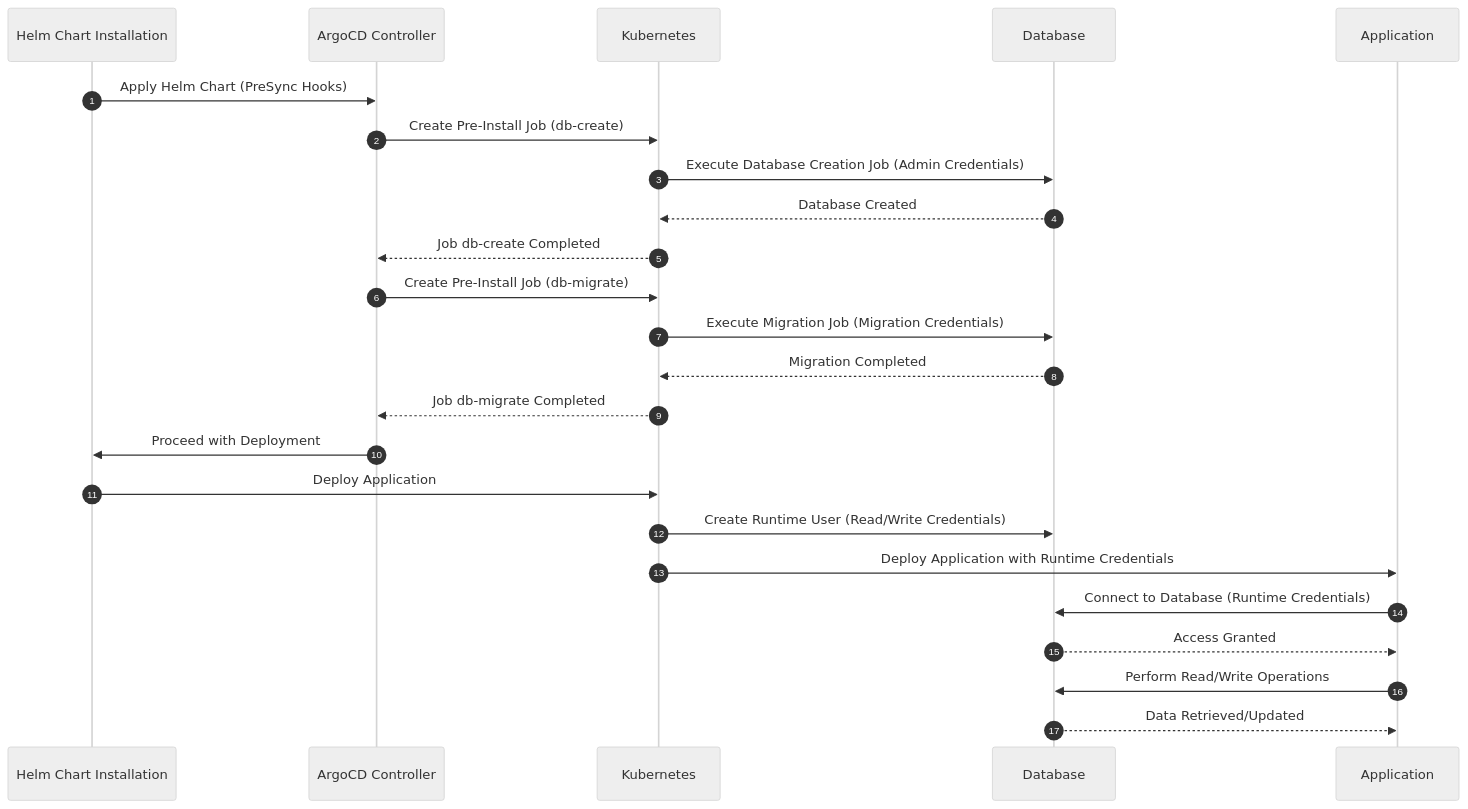
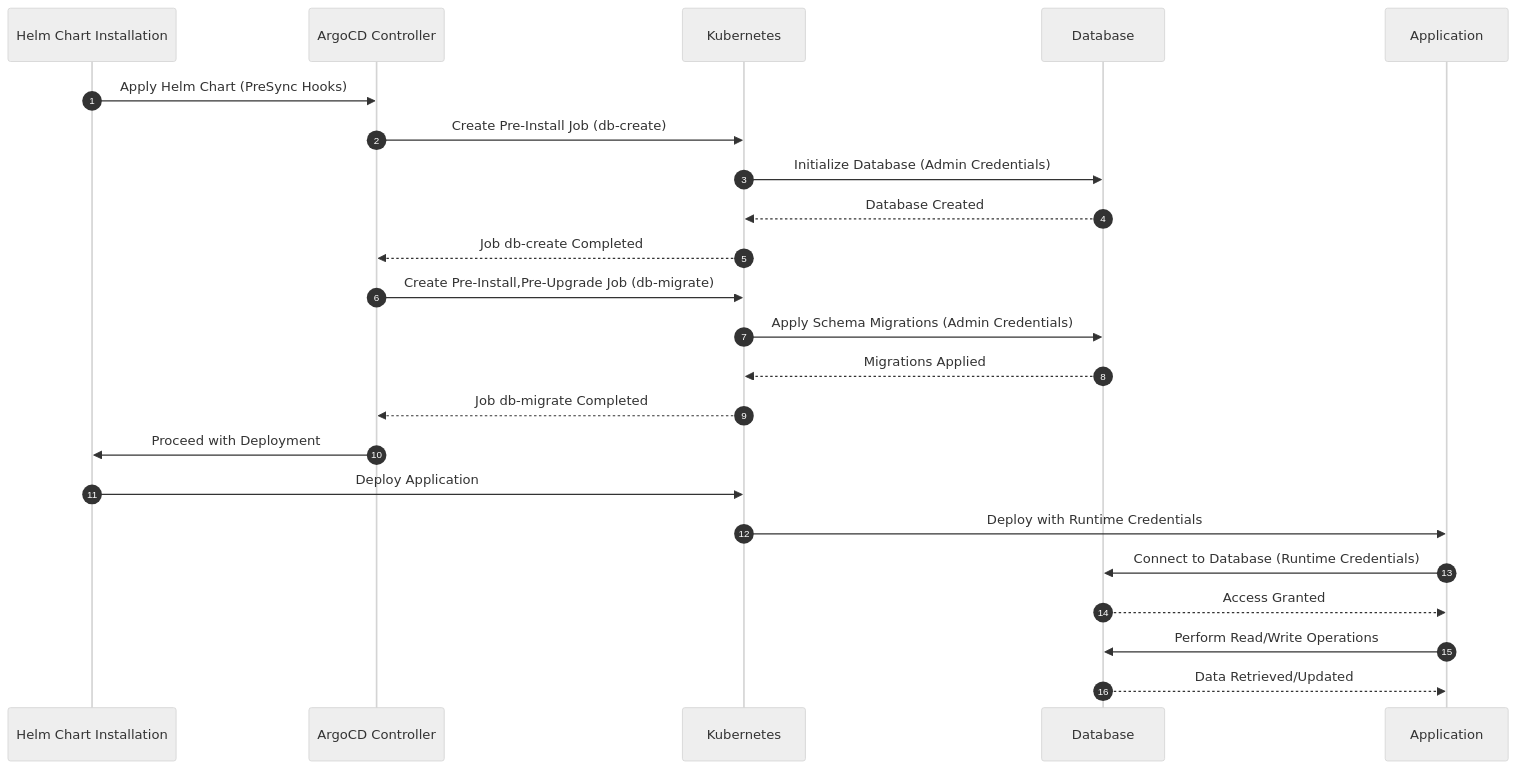
The first of 2 diagrams in db.md (pampatzoglou/articles), drawn with Mermaid (neutral theme) before and after one commit. The commit also changed other lines of this file, not shown here.

````diff
--- a/db.md
+++ b/db.md
@@ -192,31 +192,35 @@
 ```mermaid
 sequenceDiagram
     autonumber
     participant Helm as Helm Chart Installation
     participant ArgoCD as ArgoCD Controller
     participant K8s as Kubernetes
     participant DB as Database
     participant App as Application
 
     Helm->>ArgoCD: Apply Helm Chart (PreSync Hooks)
+  
+    %% Pre-Install Job: Database Creation %%
     ArgoCD->>K8s: Create Pre-Install Job (db-create)
-    K8s->>DB: Execute Database Creation Job (Admin Credentials)
+    K8s->>DB: Initialize Database (Admin Credentials)
     DB-->>K8s: Database Created
     K8s-->>ArgoCD: Job db-create Completed
 
-    ArgoCD->>K8s: Create Pre-Install Job (db-migrate)
-    K8s->>DB: Execute Migration Job (Migration Credentials)
-    DB-->>K8s: Migration Completed
+    %% Pre-Install & Pre-Upgrade Job: Schema Migration %%
+    ArgoCD->>K8s: Create Pre-Install,Pre-Upgrade Job (db-migrate)
+    K8s->>DB: Apply Schema Migrations (Admin Credentials)
+    DB-->>K8s: Migrations Applied
     K8s-->>ArgoCD: Job db-migrate Completed
 
+    %% Proceed with Application Deployment %%
     ArgoCD->>Helm: Proceed with Deployment
     Helm->>K8s: Deploy Application
 
-    K8s->>DB: Create Runtime User (Read/Write Credentials)
-    K8s->>App: Deploy Application with Runtime Credentials
+    %% Application Runtime Using Limited Credentials %%
+    K8s->>App: Deploy with Runtime Credentials
     App->>DB: Connect to Database (Runtime Credentials)
     DB-->>App: Access Granted
 
     App->>DB: Perform Read/Write Operations
     DB-->>App: Data Retrieved/Updated
 ```
````
